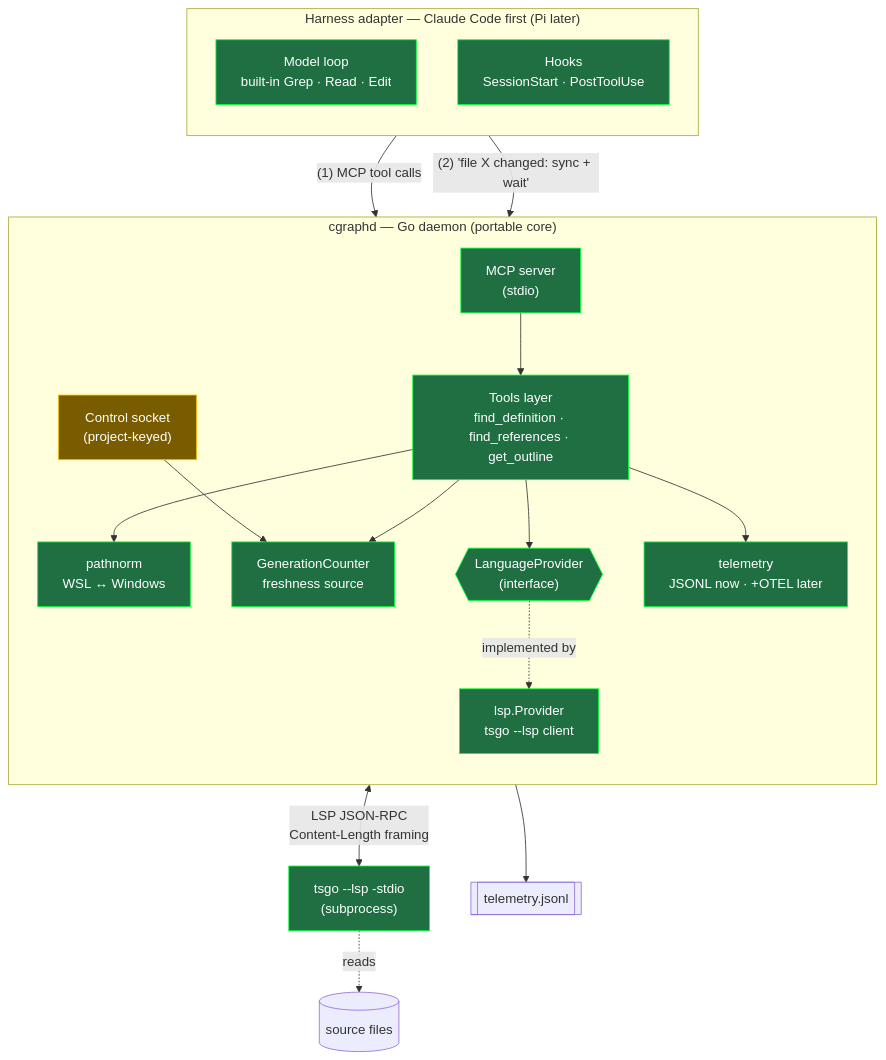
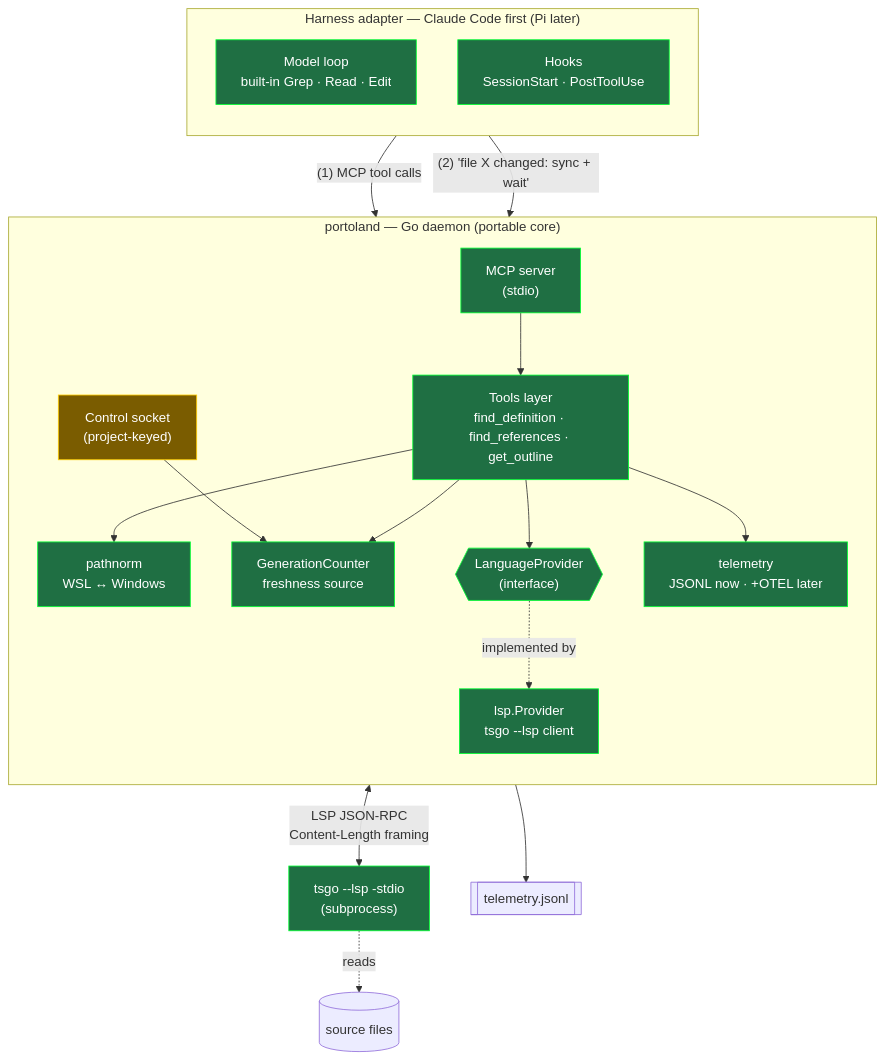
The first of 6 diagrams in ARCHITECTURE.md (skflowne/portolan), drawn with Mermaid before and after one commit. The commit also changed other lines of this file and 30 other files, not shown here.

First line of the commit message:
rename: code-graph-harness -> portolan

````diff
--- a/ARCHITECTURE.md
+++ b/ARCHITECTURE.md
@@ -19,42 +19,42 @@
 ```mermaid
 flowchart TB
     subgraph Harness["Harness adapter — Claude Code first (Pi later)"]
         direction TB
         Model["Model loop<br/>built-in Grep · Read · Edit"]
         Hooks["Hooks<br/>SessionStart · PostToolUse"]
     end
 
-    subgraph Daemon["cgraphd — Go daemon (portable core)"]
+    subgraph Daemon["portoland — Go daemon (portable core)"]
         direction TB
         MCP["MCP server<br/>(stdio)"]
         Ctl["Control socket<br/>(project-keyed)"]
         Tools["Tools layer<br/>find_definition · find_references · get_outline"]
         Gen["GenerationCounter<br/>freshness source"]
         Prov{{"LanguageProvider<br/>(interface)"}}
         LSP["lsp.Provider<br/>tsgo --lsp client"]
         Path["pathnorm<br/>WSL ↔ Windows"]
         Tel["telemetry<br/>JSONL now · +OTEL later"]
     end
 
     Tsgo["tsgo --lsp -stdio<br/>(subprocess)"]
     Files[("source files")]
     JSONL[["telemetry.jsonl"]]
 
     Model -->|"(1) MCP tool calls"| MCP
     Hooks -->|"(2) 'file X changed: sync + wait'"| Ctl
     MCP --> Tools
     Tools --> Path
     Tools --> Gen
     Tools --> Prov
     Tools --> Tel
     Prov -. implemented by .-> LSP
     LSP <-->|"LSP JSON-RPC<br/>Content-Length framing"| Tsgo
     Tsgo -.reads.-> Files
     Ctl --> Gen
     Tel --> JSONL
 
     classDef built fill:#1f6f43,stroke:#0f3,color:#fff;
     classDef scaffold fill:#7a5c00,stroke:#fc0,color:#fff;
     class Model,Hooks,MCP,Tools,Gen,Prov,LSP,Path,Tel,Tsgo built;
     class Ctl scaffold;
 ```
````
